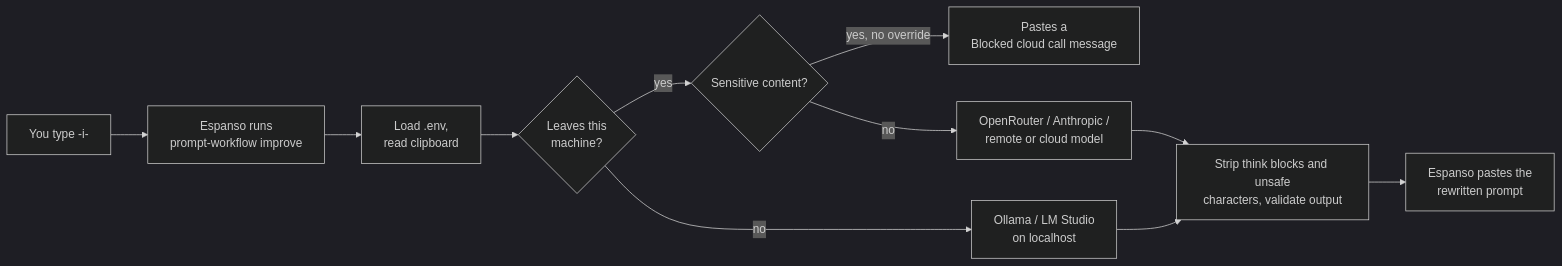
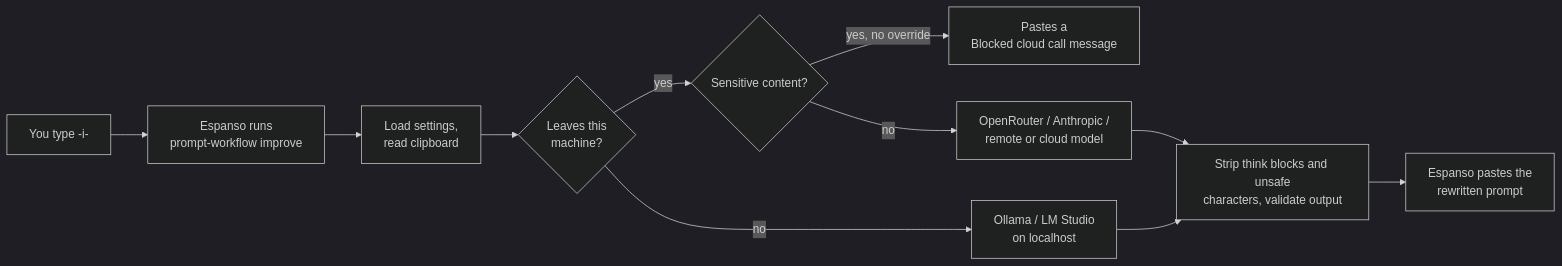
One commit to vlastimilbures/espanso-prompt-rewriter changed the diagram in README.md. Above: the diagram before and after it, drawn with Mermaid (dark theme). The commit also changed other lines of this file and 81 other files, not shown here.

````diff
--- a/README.md
+++ b/README.md
@@ -116,13 +119,13 @@
 ```mermaid
 flowchart LR
     A["You type -i-"] --> B["Espanso runs<br/>prompt-workflow improve"]
-    B --> C["Load .env,<br/>read clipboard"]
+    B --> C["Load settings,<br/>read clipboard"]
     C --> D{"Leaves this<br/>machine?"}
     D -- yes --> E{"Sensitive content?"}
     E -- "yes, no override" --> X["Pastes a<br/>Blocked cloud call message"]
     E -- no --> F["OpenRouter / Anthropic /<br/>remote or cloud model"]
     D -- no --> G["Ollama / LM Studio<br/>on localhost"]
     F --> H["Strip think blocks and unsafe<br/>characters, validate output"]
     G --> H
     H --> I["Espanso pastes the<br/>rewritten prompt"]
 ```
````
